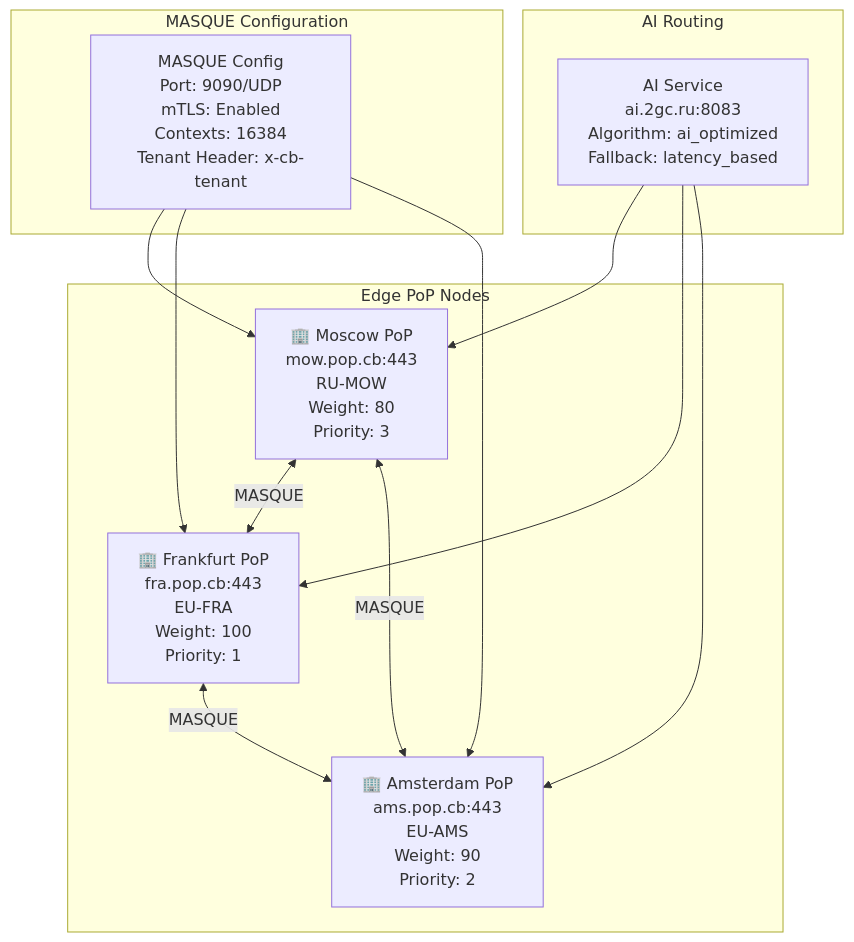
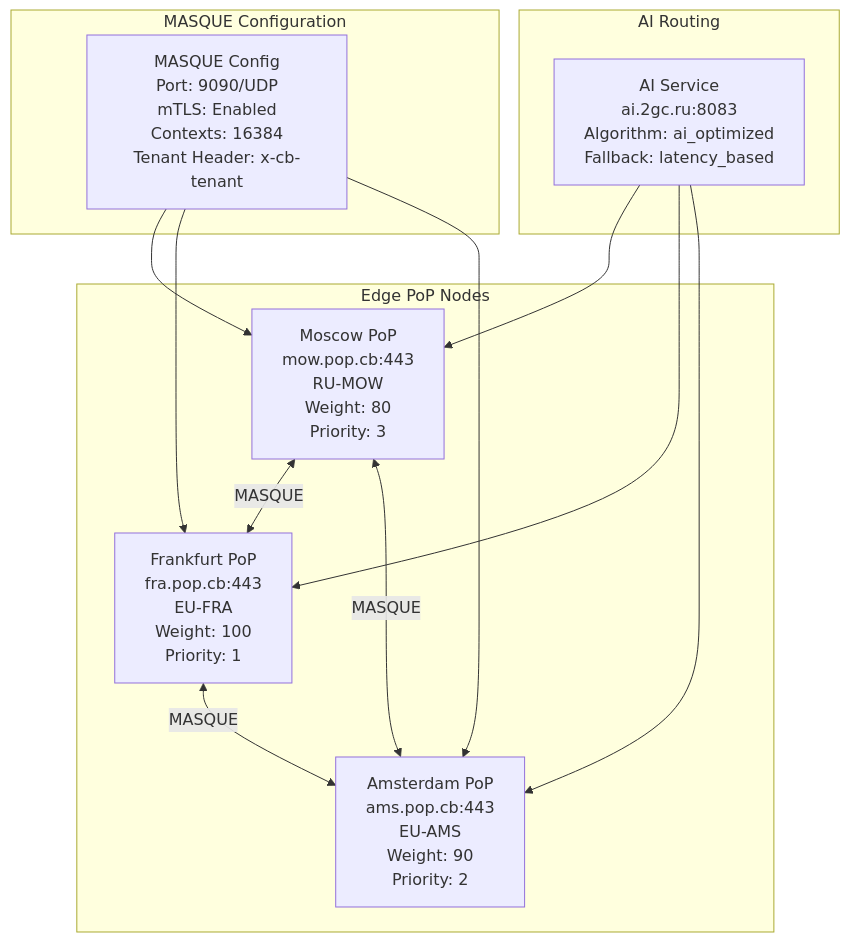
One commit to twogc/cloudbridge-edge-pops changed the diagram in docs/inter-pop-masque.md. Above: the diagram before and after it, drawn with Mermaid. The commit also changed 8 other files, not shown here.

````diff
--- a/docs/inter-pop-masque.md
+++ b/docs/inter-pop-masque.md
@@ -9,28 +9,28 @@
 ```mermaid
 graph TB
     subgraph "Edge PoP Nodes"
-        M[🏢 Moscow PoP<br/>mow.pop.cb:443<br/>RU-MOW<br/>Weight: 80<br/>Priority: 3]
-        F[🏢 Frankfurt PoP<br/>fra.pop.cb:443<br/>EU-FRA<br/>Weight: 100<br/>Priority: 1]
-        A[🏢 Amsterdam PoP<br/>ams.pop.cb:443<br/>EU-AMS<br/>Weight: 90<br/>Priority: 2]
+        M[ Moscow PoP<br/>mow.pop.cb:443<br/>RU-MOW<br/>Weight: 80<br/>Priority: 3]
+        F[ Frankfurt PoP<br/>fra.pop.cb:443<br/>EU-FRA<br/>Weight: 100<br/>Priority: 1]
+        A[ Amsterdam PoP<br/>ams.pop.cb:443<br/>EU-AMS<br/>Weight: 90<br/>Priority: 2]
     end
-    
+
     subgraph "MASQUE Configuration"
         MC[MASQUE Config<br/>Port: 9090/UDP<br/>mTLS: Enabled<br/>Contexts: 16384<br/>Tenant Header: x-cb-tenant]
     end
-    
+
     subgraph "AI Routing"
         AI[AI Service<br/>ai.2gc.ru:8083<br/>Algorithm: ai_optimized<br/>Fallback: latency_based]
     end
-    
+
     M <-->|MASQUE| F
     F <-->|MASQUE| A
     A <-->|MASQUE| M
-    
+
     MC --> M
     MC --> F
     MC --> A
-    
+
     AI --> M
     AI --> F
     AI --> A
 ```
````
